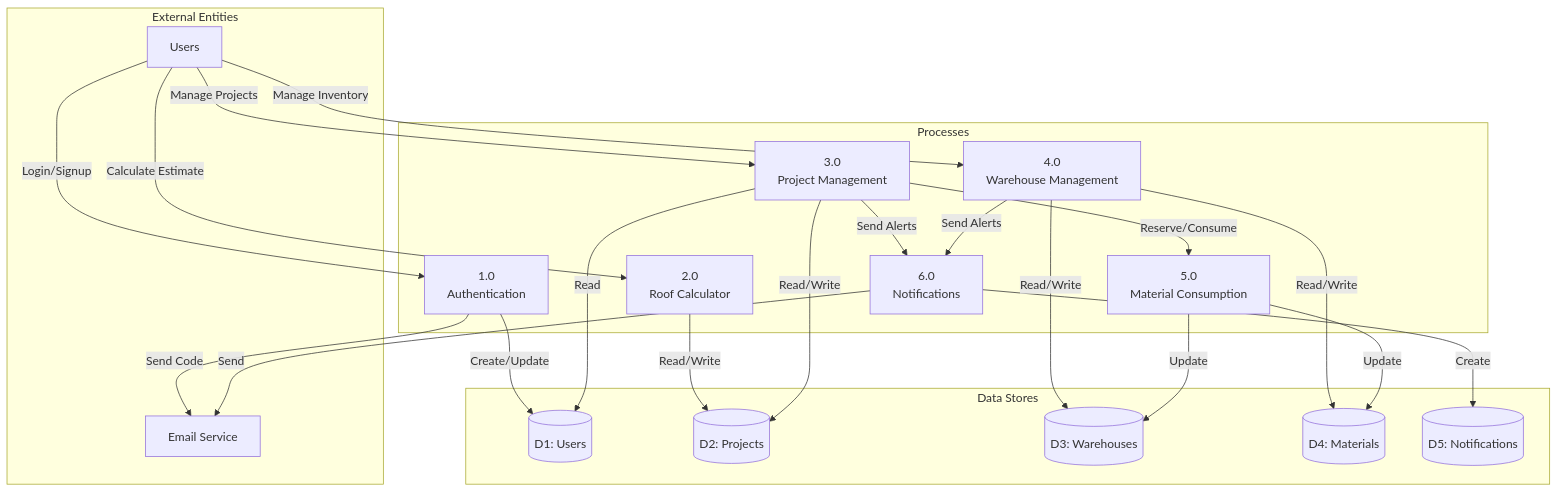
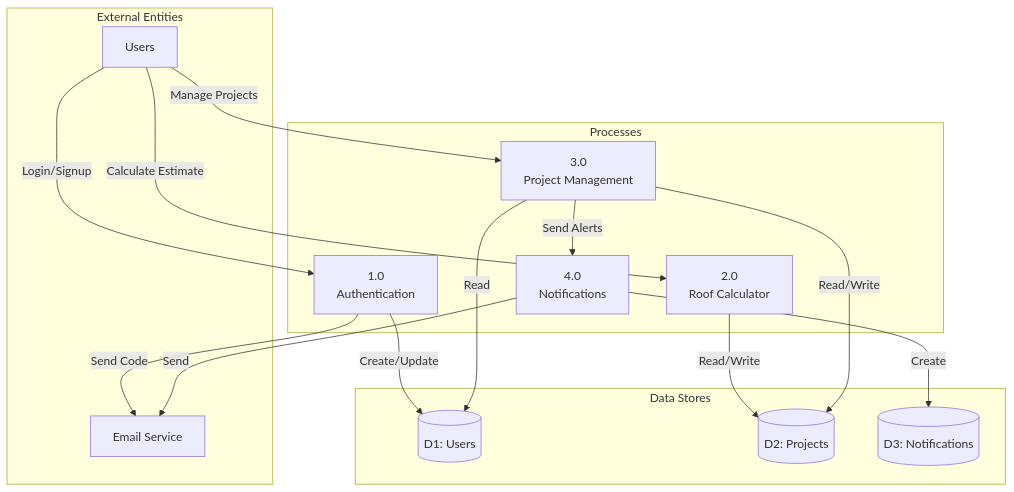
Before and after one commit to Justin322322/roofcal: the seventh of 10 diagrams in README.md, drawn with Mermaid. The commit also changed other lines of this file and 18 other files, not shown here.

````diff
--- a/README.md
+++ b/README.md
@@ -593,48 +536,35 @@
 ```mermaid
 flowchart TB
     subgraph "External Entities"
         USER[Users]
         EMAIL[Email Service]
     end
 
     subgraph "Processes"
         P1[1.0<br/>Authentication]
         P2[2.0<br/>Roof Calculator]
         P3[3.0<br/>Project Management]
-        P4[4.0<br/>Warehouse Management]
-        P5[5.0<br/>Material Consumption]
-        P6[6.0<br/>Notifications]
+        P4[4.0<br/>Notifications]
     end
 
     subgraph "Data Stores"
         D1[(D1: Users)]
         D2[(D2: Projects)]
-        D3[(D3: Warehouses)]
-        D4[(D4: Materials)]
-        D5[(D5: Notifications)]
+        D3[(D3: Notifications)]
     end
 
     USER -->|Login/Signup| P1
     P1 -->|Create/Update| D1
     P1 -->|Send Code| EMAIL
     
     USER -->|Calculate Estimate| P2
     P2 -->|Read/Write| D2
     
     USER -->|Manage Projects| P3
     P3 -->|Read/Write| D2
     P3 -->|Read| D1
     
-    USER -->|Manage Inventory| P4
-    P4 -->|Read/Write| D3
-    P4 -->|Read/Write| D4
-    
-    P3 -->|Reserve/Consume| P5
-    P5 -->|Update| D4
-    P5 -->|Update| D3
-    
-    P3 -->|Send Alerts| P6
-    P4 -->|Send Alerts| P6
-    P6 -->|Create| D5
-    P6 -->|Send| EMAIL
+    P3 -->|Send Alerts| P4
+    P4 -->|Create| D3
+    P4 -->|Send| EMAIL
 ```
````
